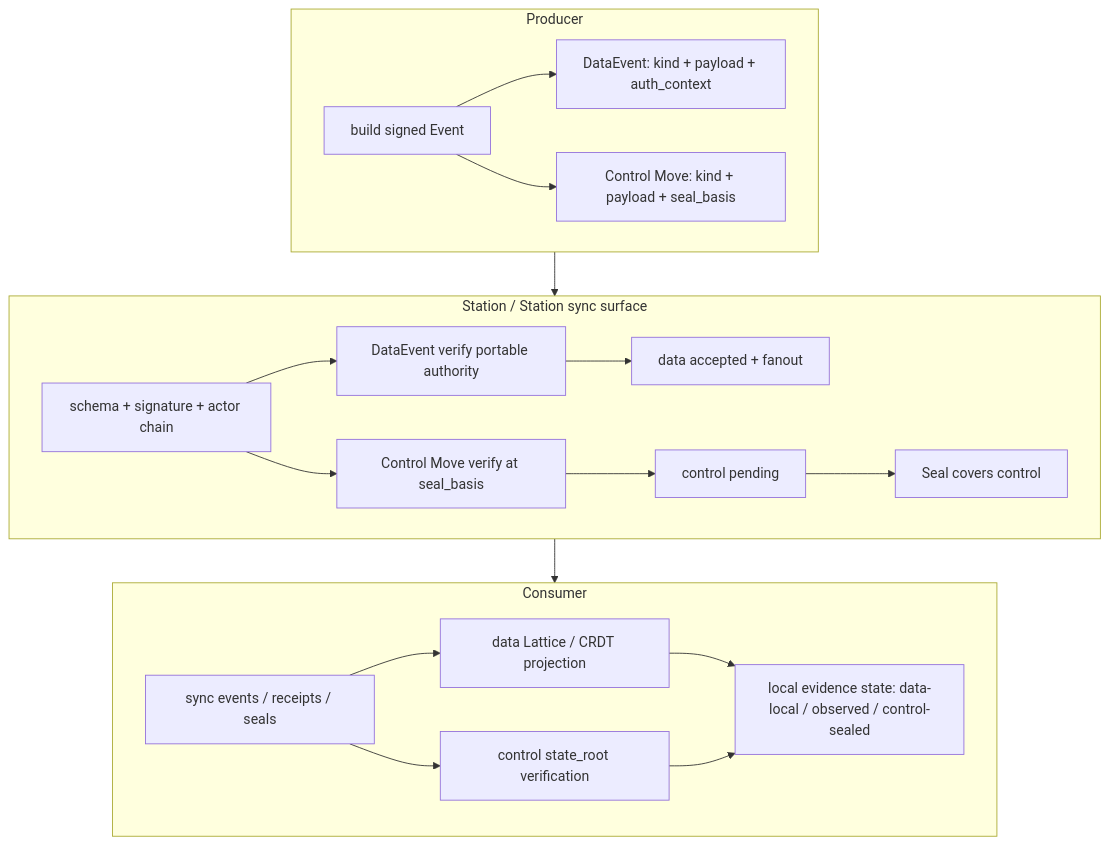
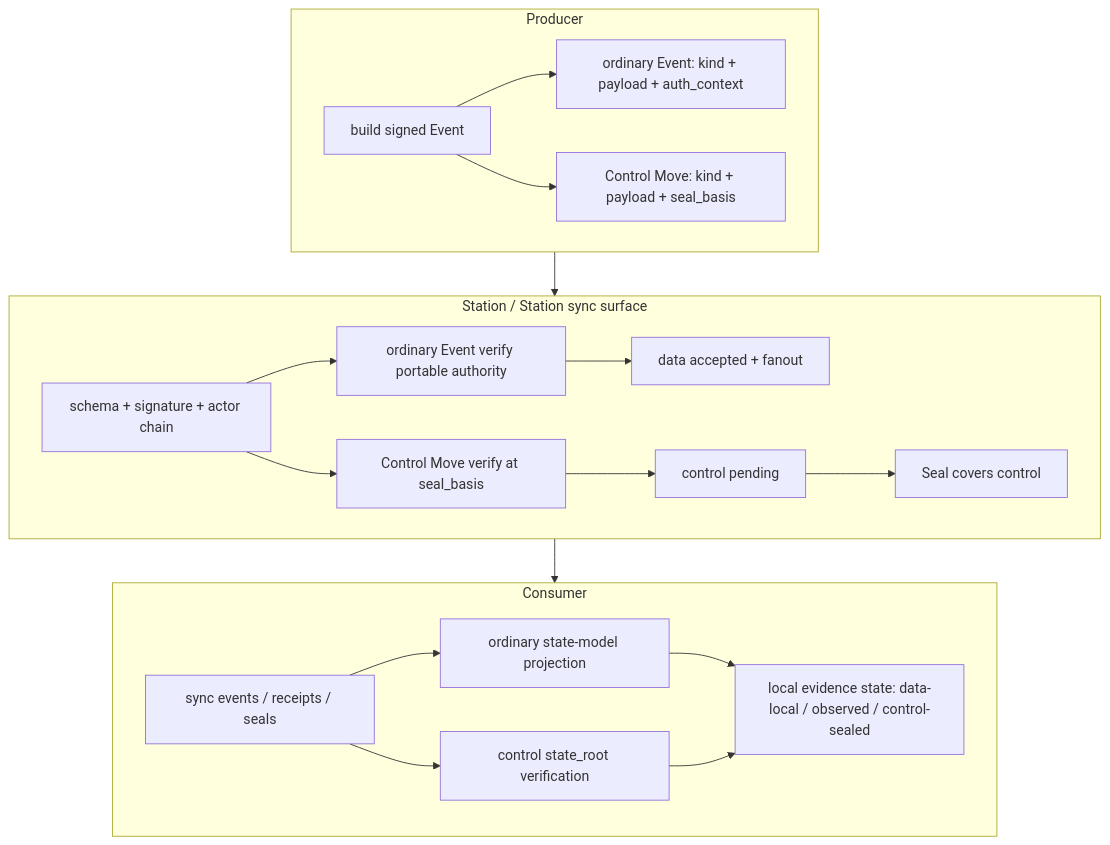
One commit to arkret-org/arkret-spec changed the diagram in spec/v1/zh/sync/operations-sync.md. Above: the diagram before and after it, drawn with Mermaid. The commit also changed other lines of this file and 75 other files, not shown here.

````diff
--- a/spec/v1/zh/sync/operations-sync.md
+++ b/spec/v1/zh/sync/operations-sync.md
@@ -142,32 +142,32 @@
 ```mermaid
 flowchart TB
     subgraph P ["Producer"]
         P1["build signed Event"]
-        P2["DataEvent: kind + payload + auth_context"]
+        P2["ordinary Event: kind + payload + auth_context"]
         P3["Control Move: kind + payload + seal_basis"]
         P1 --> P2
         P1 --> P3
     end
 
     subgraph S ["Station / Station sync surface"]
         S1["schema + signature + actor chain"]
-        S2["DataEvent verify portable authority"]
+        S2["ordinary Event verify portable authority"]
         S3["Control Move verify at seal_basis"]
         S4["data accepted + fanout"]
         S5["control pending"]
         S6["Seal covers control"]
         S1 --> S2 --> S4
         S1 --> S3 --> S5 --> S6
     end
 
     subgraph C ["Consumer"]
         C1["sync events / receipts / seals"]
-        C2["data Lattice / CRDT projection"]
+        C2["ordinary state-model projection"]
         C3["control state_root verification"]
         C4["local evidence state: data-local / observed / control-sealed"]
         C1 --> C2 --> C4
         C1 --> C3 --> C4
     end
 
     P --> S --> C
 ```
````
